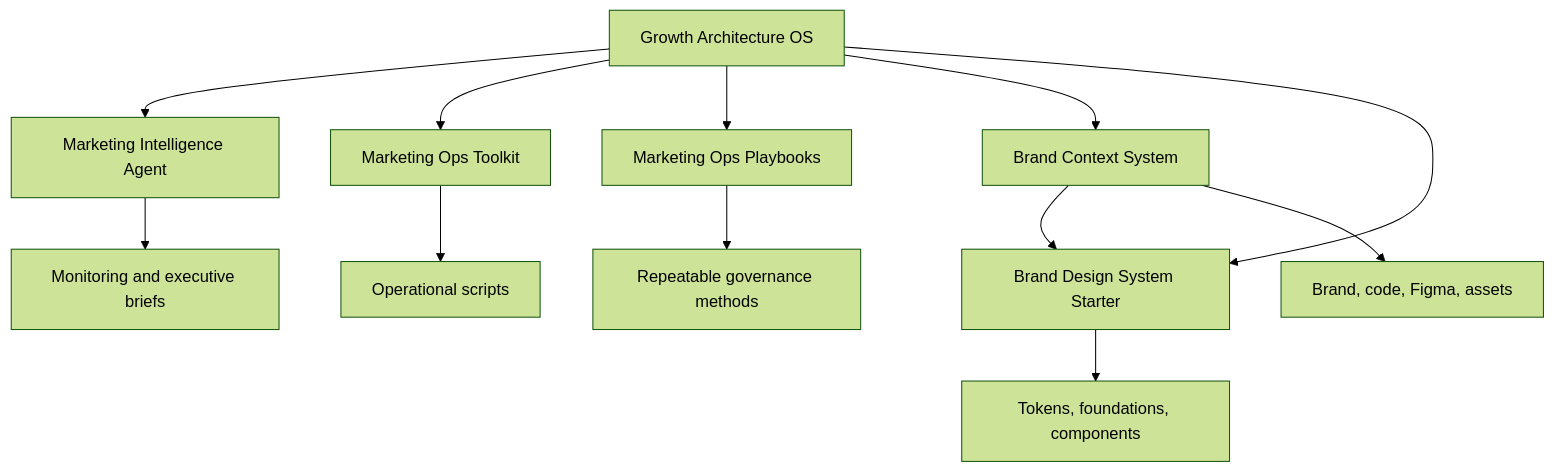
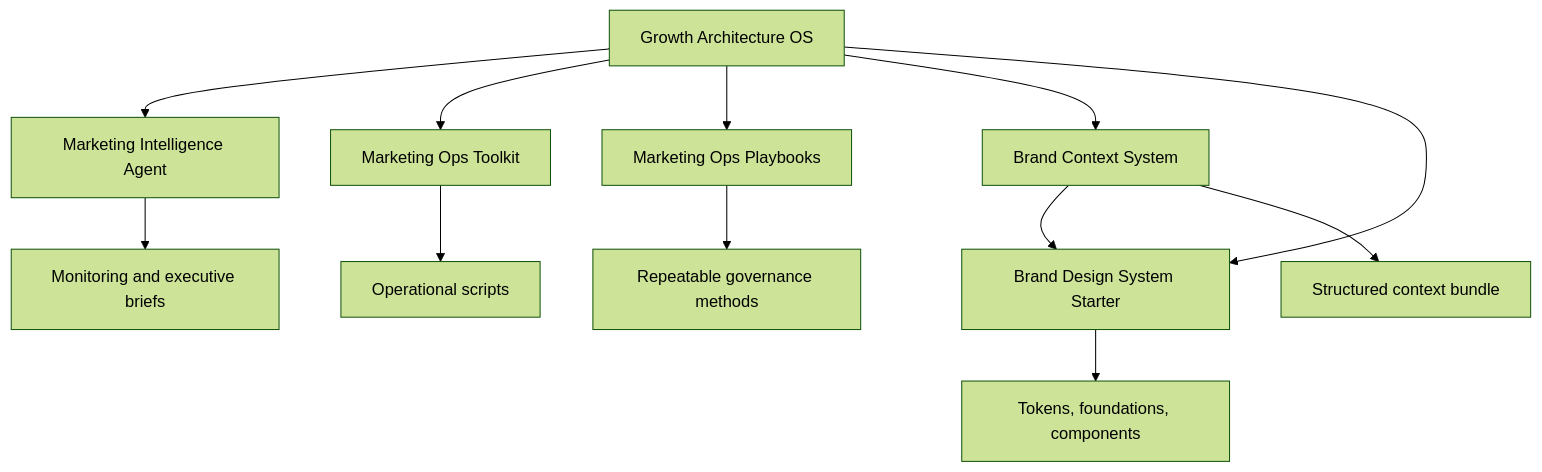
The second of 2 diagrams in README.md (silvermanjared-web/growth-architecture-os), drawn with Mermaid (forest theme) before and after one commit. The commit also changed other lines of this file, not shown here.

Commit message:
Clarify ecosystem map wording

````diff
--- a/README.md
+++ b/README.md
@@ -40,15 +40,15 @@
 ```mermaid
 flowchart TD
     OS[Growth Architecture OS] --> MI[Marketing Intelligence Agent]
     OS --> Toolkit[Marketing Ops Toolkit]
     OS --> Playbooks[Marketing Ops Playbooks]
     OS --> Context[Brand Context System]
     Context --> Starter[Brand Design System Starter]
     OS --> Starter
 
     MI --> Briefs[Monitoring and executive briefs]
     Toolkit --> Automation[Operational scripts]
     Playbooks --> Repeatable[Repeatable governance methods]
-    Context --> Inputs[Brand, code, Figma, assets]
+    Context --> Inputs[Structured context bundle]
     Starter --> Tokens[Tokens, foundations, components]
 ```
````
